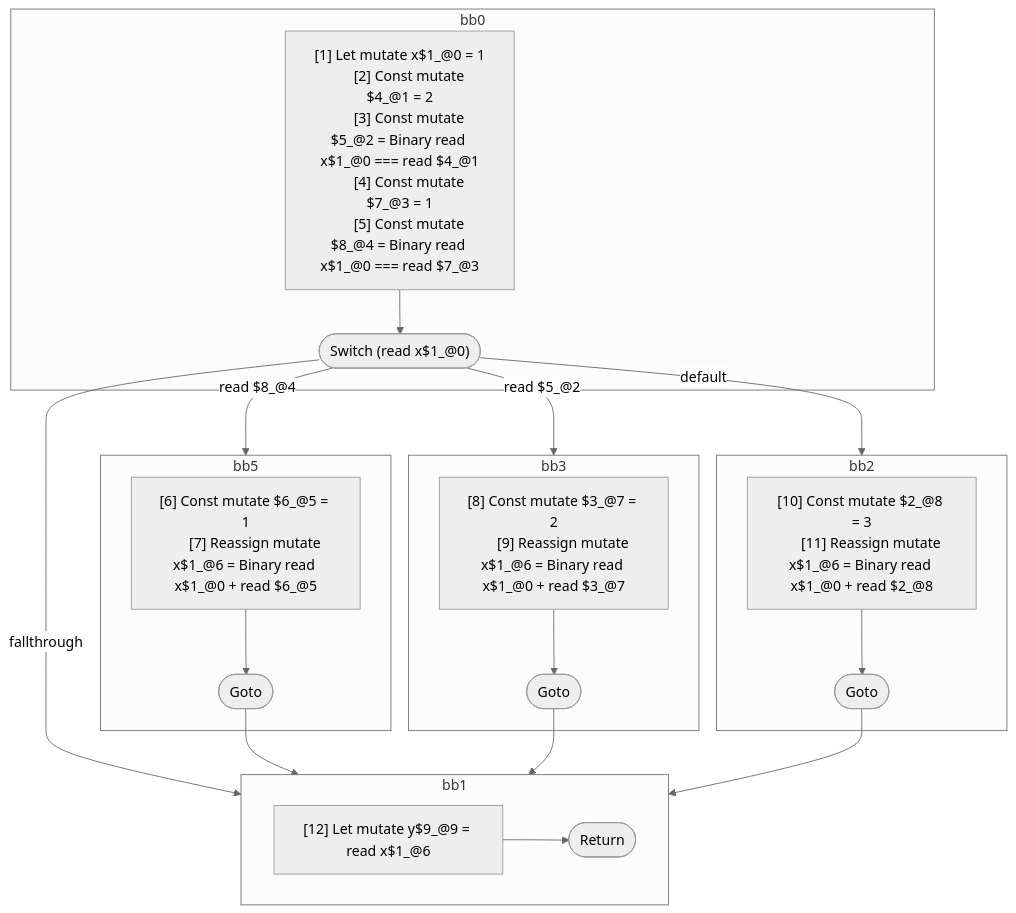
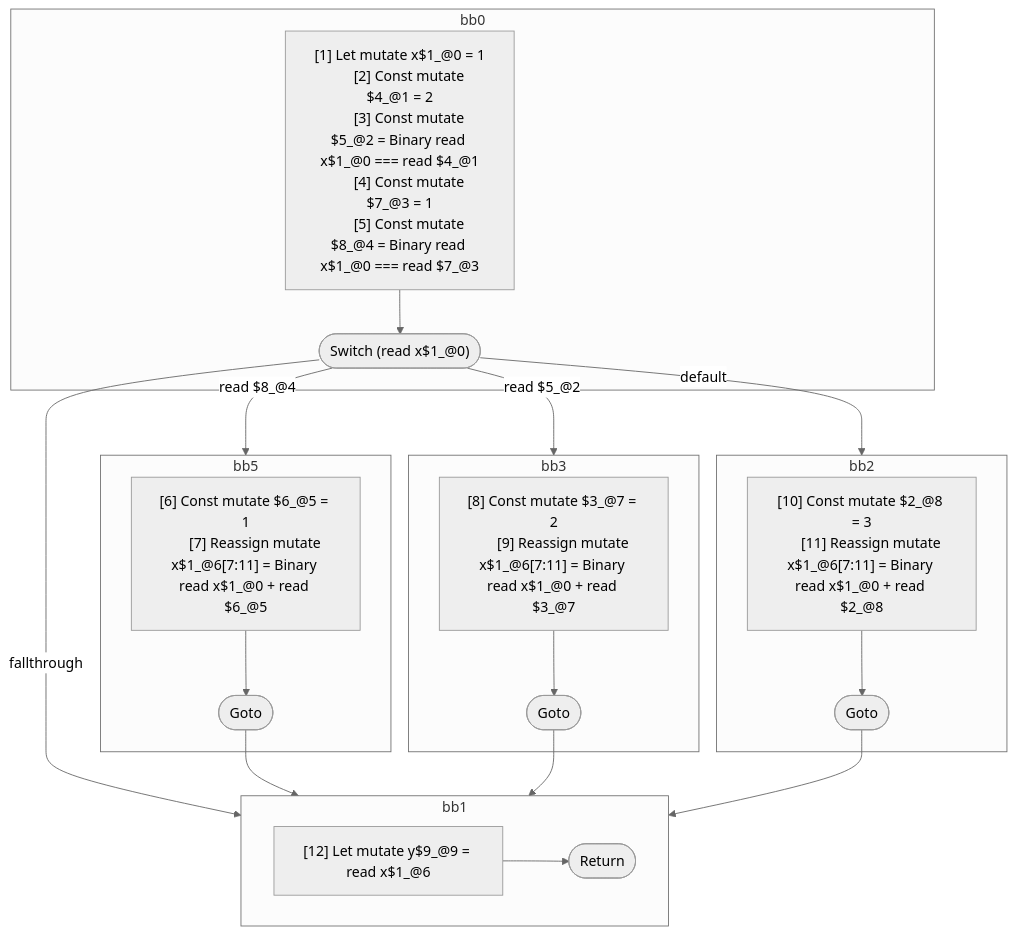
One commit to wutsmog/private changed the diagram in compiler/forget/src/__tests__/fixtures/hir/ssa-switch.expect.md. Above: the diagram before and after it, drawn with Mermaid (neutral theme). The commit also changed other lines of this file and 33 other files, not shown here.

````diff
--- a/compiler/forget/src/__tests__/fixtures/hir/ssa-switch.expect.md
+++ b/compiler/forget/src/__tests__/fixtures/hir/ssa-switch.expect.md
@@ -63,51 +63,51 @@
 ```mermaid
 flowchart TB
   %% Basic Blocks
   subgraph bb0
     bb0_instrs["
       [1] Let mutate x$1_@0 = 1
       [2] Const mutate $4_@1 = 2
       [3] Const mutate $5_@2 = Binary read x$1_@0 === read $4_@1
       [4] Const mutate $7_@3 = 1
       [5] Const mutate $8_@4 = Binary read x$1_@0 === read $7_@3
     "]
     bb0_instrs --> bb0_terminal(["Switch (read x$1_@0)"])
   end
   subgraph bb5
     bb5_instrs["
       [6] Const mutate $6_@5 = 1
-      [7] Reassign mutate x$1_@6 = Binary read x$1_@0 + read $6_@5
+      [7] Reassign mutate x$1_@6[7:11] = Binary read x$1_@0 + read $6_@5
     "]
     bb5_instrs --> bb5_terminal(["Goto"])
   end
   subgraph bb3
     bb3_instrs["
       [8] Const mutate $3_@7 = 2
-      [9] Reassign mutate x$1_@6 = Binary read x$1_@0 + read $3_@7
+      [9] Reassign mutate x$1_@6[7:11] = Binary read x$1_@0 + read $3_@7
     "]
     bb3_instrs --> bb3_terminal(["Goto"])
   end
   subgraph bb2
     bb2_instrs["
       [10] Const mutate $2_@8 = 3
-      [11] Reassign mutate x$1_@6 = Binary read x$1_@0 + read $2_@8
+      [11] Reassign mutate x$1_@6[7:11] = Binary read x$1_@0 + read $2_@8
     "]
     bb2_instrs --> bb2_terminal(["Goto"])
   end
   subgraph bb1
     bb1_instrs["
       [12] Let mutate y$9_@9 = read x$1_@6
     "]
     bb1_instrs --> bb1_terminal(["Return"])
   end
 
   %% Jumps
   bb0_terminal -- read $8_@4 --> bb5
   bb0_terminal -- read $5_@2 --> bb3
   bb0_terminal -- default --> bb2
   bb0_terminal -- fallthrough --> bb1
   bb5_terminal --> bb1
   bb3_terminal --> bb1
   bb2_terminal --> bb1
 
 ```
````
